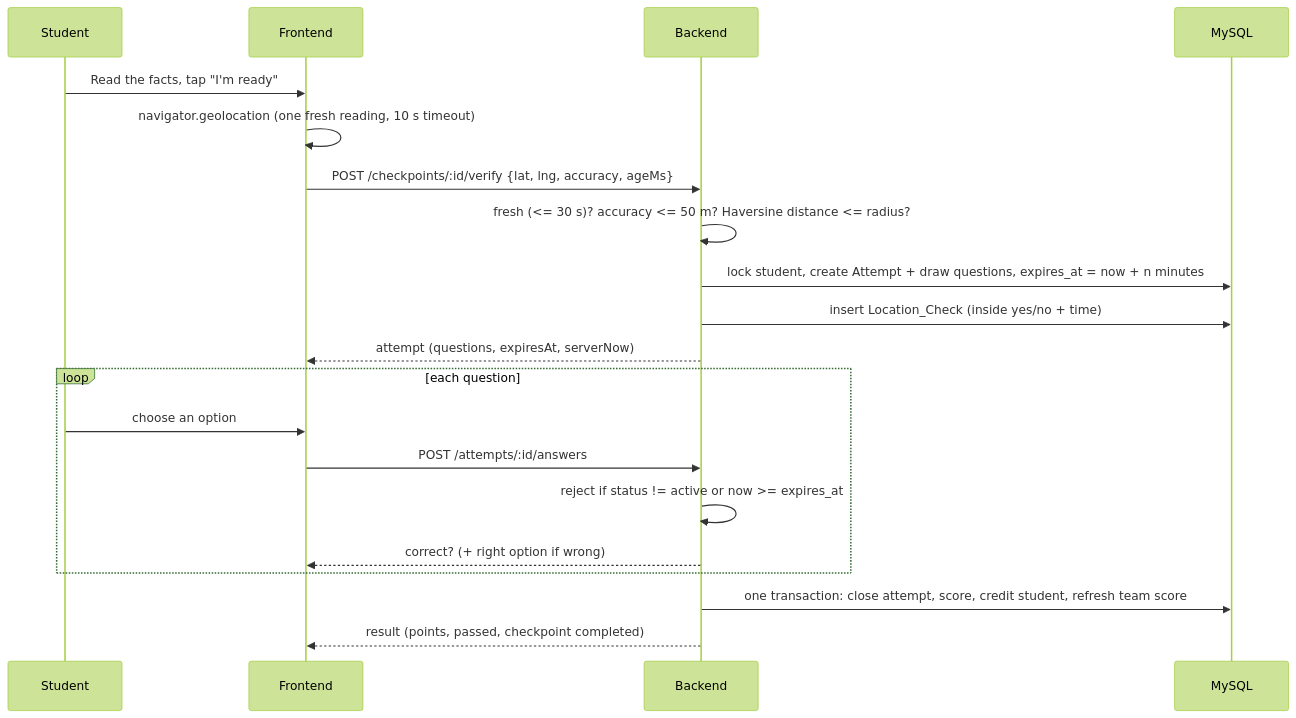
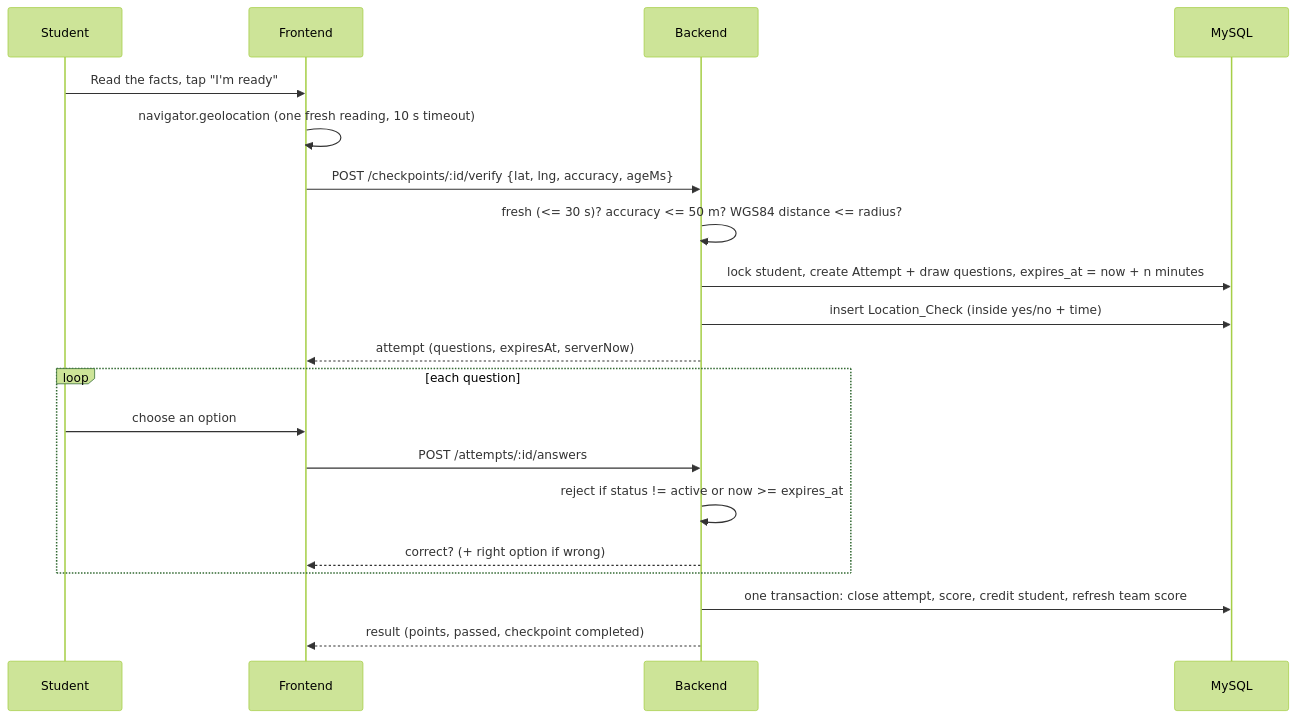
The second of 2 diagrams in design/architecture-diagram.md (CZPS-ds3/CampusGo), drawn with Mermaid (forest theme) before and after one commit. The commit also changed 118 other files, not shown here.

````diff
--- a/design/architecture-diagram.md
+++ b/design/architecture-diagram.md
@@ -23,22 +23,22 @@
 ```mermaid
 sequenceDiagram
     participant S as Student
     participant F as Frontend
     participant B as Backend
     participant D as MySQL
     S->>F: Read the facts, tap "I'm ready"
     F->>F: navigator.geolocation (one fresh reading, 10 s timeout)
     F->>B: POST /checkpoints/:id/verify {lat, lng, accuracy, ageMs}
-    B->>B: fresh (<= 30 s)? accuracy <= 50 m? Haversine distance <= radius?
+    B->>B: fresh (<= 30 s)? accuracy <= 50 m? WGS84 distance <= radius?
     B->>D: lock student, create Attempt + draw questions, expires_at = now + n minutes
     B->>D: insert Location_Check (inside yes/no + time)
     B-->>F: attempt (questions, expiresAt, serverNow)
     loop each question
         S->>F: choose an option
         F->>B: POST /attempts/:id/answers
         B->>B: reject if status != active or now >= expires_at
         B-->>F: correct? (+ right option if wrong)
     end
     B->>D: one transaction: close attempt, score, credit student, refresh team score
     B-->>F: result (points, passed, checkpoint completed)
 ```
````
